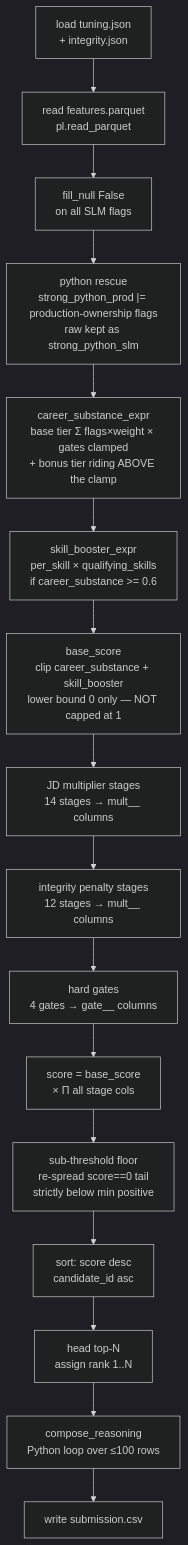
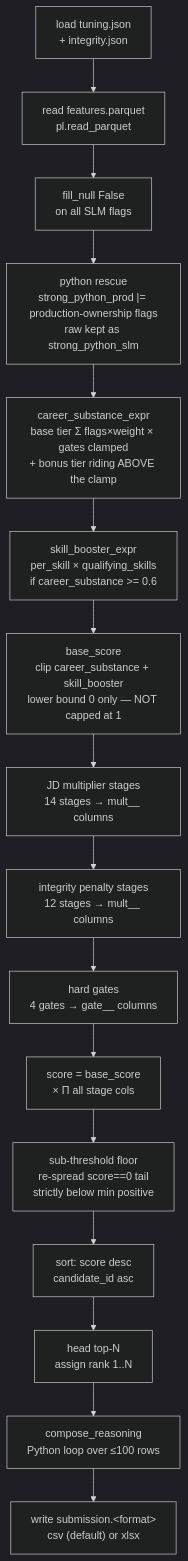
Before and after one commit to ankitkr-04/candidate-ranker-v2: the diagram in docs/ranker.md, drawn with Mermaid (dark theme). The commit also changed other lines of this file and 8 other files, not shown here.

Commit message:
feat(ranker): add support for XLSX output format in ranking scripts and documentation

````diff
--- a/docs/ranker.md
+++ b/docs/ranker.md
@@ -48,18 +50,18 @@
 ```mermaid
 flowchart TD
     A[load tuning.json<br>+ integrity.json] --> B[read features.parquet<br>pl.read_parquet]
     B --> C[fill_null False<br>on all SLM flags]
     C --> C2["python rescue<br>strong_python_prod |= production-ownership flags<br>raw kept as strong_python_slm"]
     C2 --> D[career_substance_expr<br>base tier Σ flags×weight × gates clamped<br>+ bonus tier riding ABOVE the clamp]
     D --> E[skill_booster_expr<br>per_skill × qualifying_skills<br>if career_substance >= 0.6]
     E --> F[base_score<br>clip career_substance + skill_booster<br>lower bound 0 only — NOT capped at 1]
     F --> G[JD multiplier stages<br>14 stages → mult__<id> columns]
     G --> H[integrity penalty stages<br>12 stages → mult__<id> columns]
     H --> I[hard gates<br>4 gates → gate__<id> columns]
     I --> J[score = base_score<br>× Π all stage cols]
     J --> K[sub-threshold floor<br>re-spread score==0 tail<br>strictly below min positive]
     K --> M[sort: score desc<br>candidate_id asc]
     M --> N[head top-N<br>assign rank 1..N]
     N --> O[compose_reasoning<br>Python loop over ≤100 rows]
-    O --> P[write submission.csv]
+    O --> P["write submission.&lt;format&gt;<br>csv (default) or xlsx"]
 ```
````
